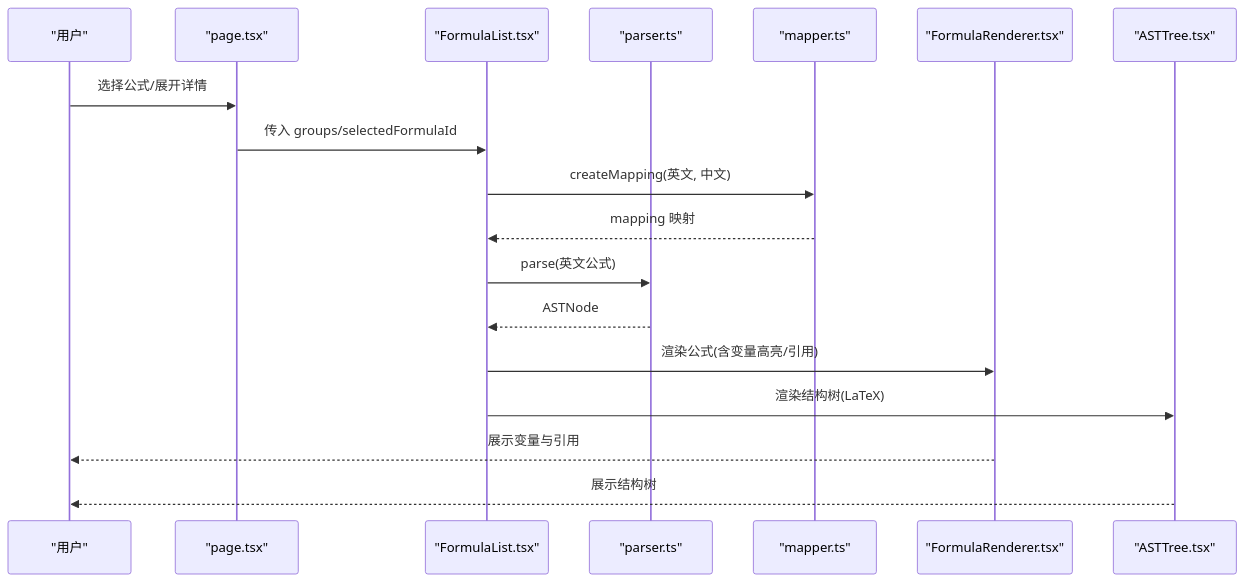
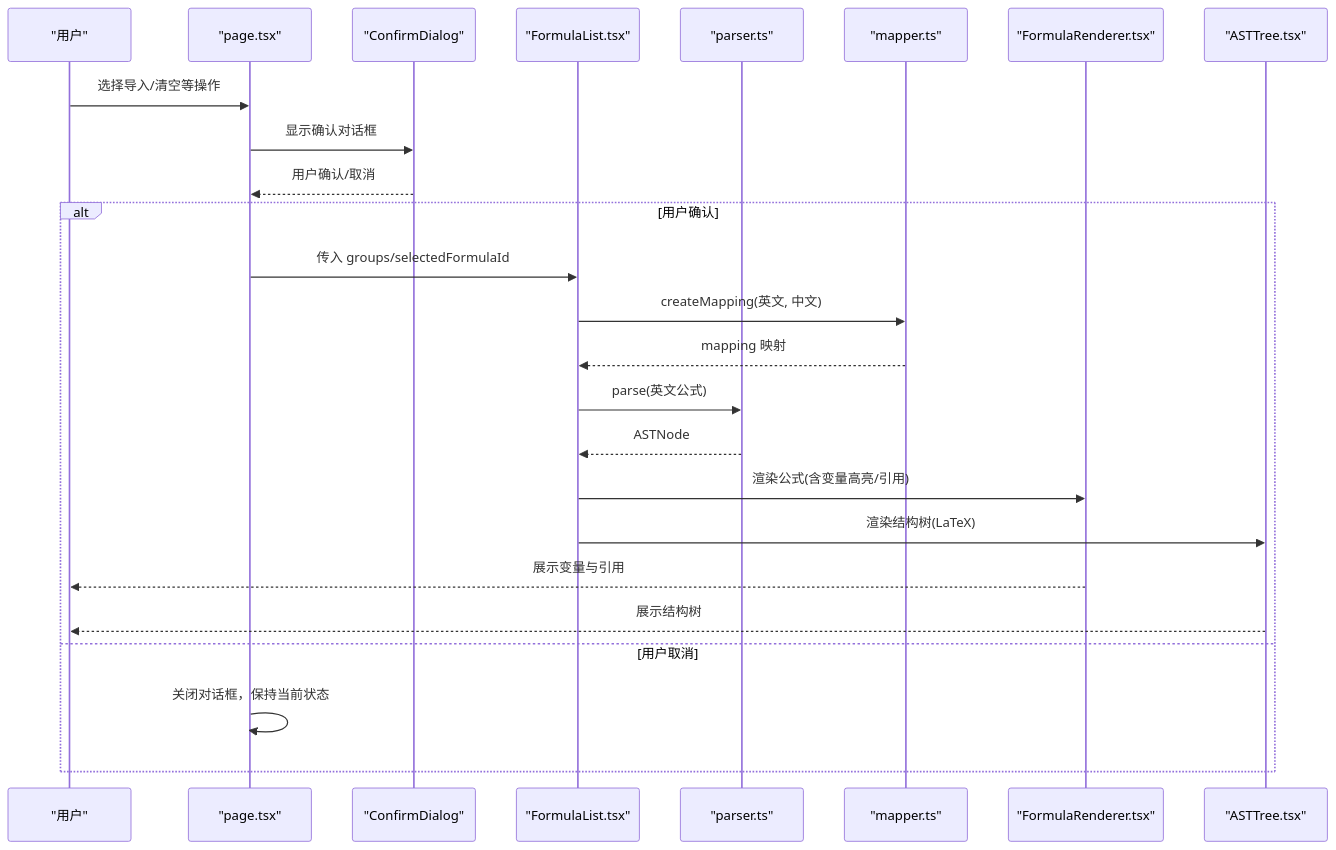
One commit to steveyu2/formula-mapper changed the second of 15 diagrams in .qoder/repowiki/zh/content/开发者指南/开发者指南.md. Above: the diagram before and after it, drawn with Mermaid. The commit also changed other lines of this file and 3 other files, not shown here.

````diff
--- a/.qoder/repowiki/zh/content/开发者指南/开发者指南.md
+++ b/.qoder/repowiki/zh/content/开发者指南/开发者指南.md
@@ -130,20 +154,27 @@
 ```mermaid
 sequenceDiagram
 participant U as "用户"
 participant Page as "page.tsx"
+participant CD as "ConfirmDialog"
 participant List as "FormulaList.tsx"
 participant Parser as "parser.ts"
 participant Mapper as "mapper.ts"
 participant Renderer as "FormulaRenderer.tsx"
 participant AST as "ASTTree.tsx"
-U->>Page : 选择公式/展开详情
+U->>Page : 选择导入/清空等操作
+Page->>CD : 显示确认对话框
+CD-->>Page : 用户确认/取消
+alt 用户确认
 Page->>List : 传入 groups/selectedFormulaId
 List->>Mapper : createMapping(英文, 中文)
 Mapper-->>List : mapping 映射
 List->>Parser : parse(英文公式)
 Parser-->>List : ASTNode
 List->>Renderer : 渲染公式(含变量高亮/引用)
 List->>AST : 渲染结构树(LaTeX)
 Renderer-->>U : 展示变量与引用
 AST-->>U : 展示结构树
+else 用户取消
+Page->>Page : 关闭对话框，保持当前状态
+end
 ```
````
